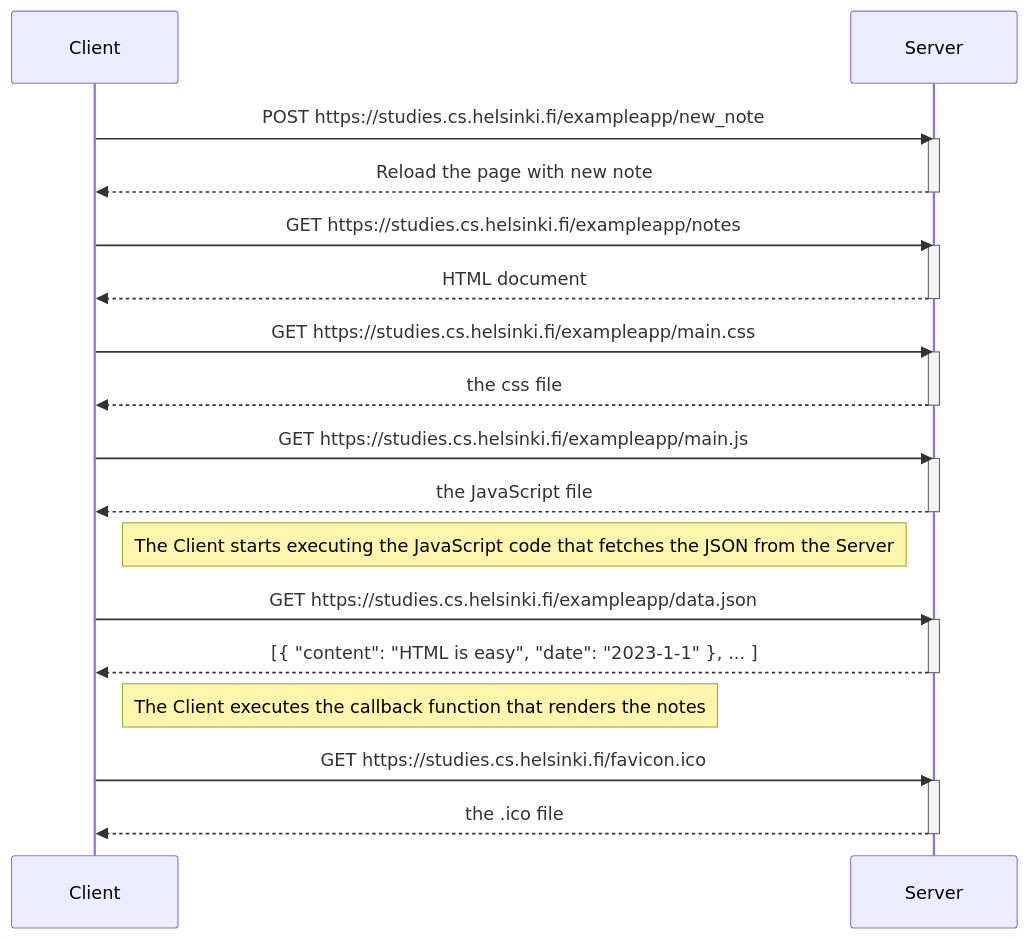
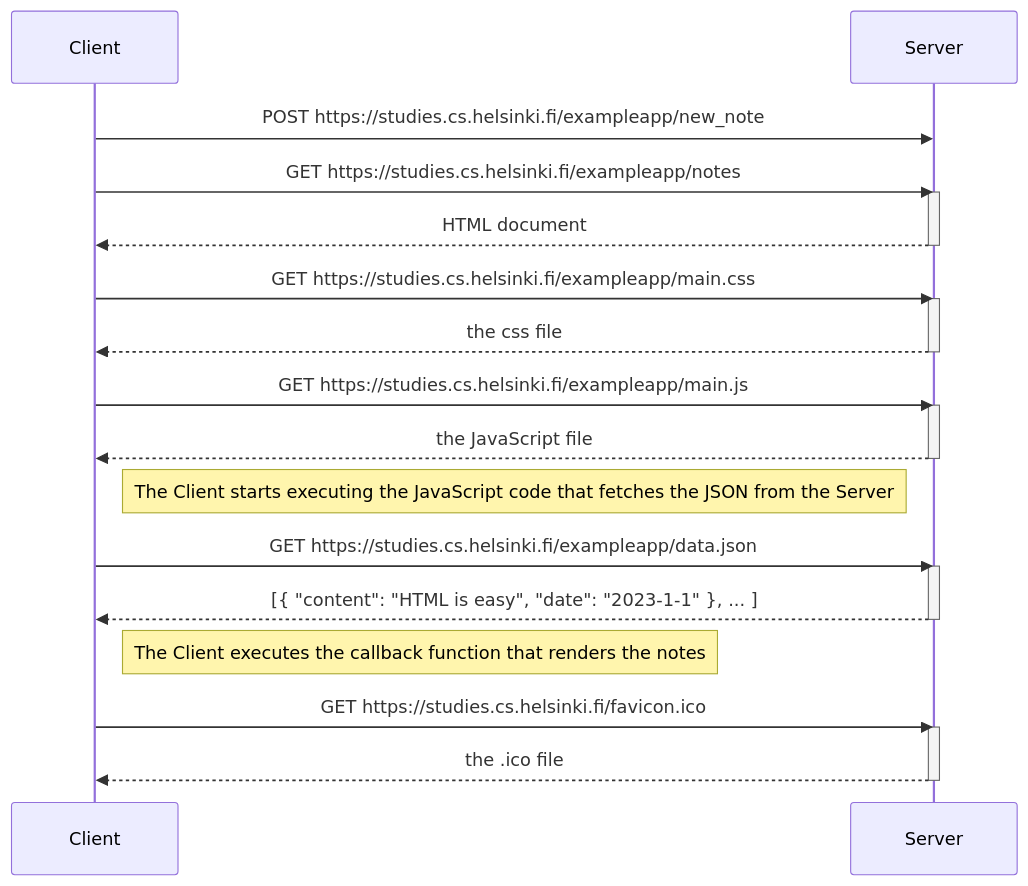
One commit to skock056/csi4103-lab2 changed the diagram in README.md. Above: the diagram before and after it, drawn with Mermaid. The commit also changed other lines of this file, not shown here.

````diff
--- a/README.md
+++ b/README.md
@@ -3,39 +9,36 @@
 ```mermaid
 sequenceDiagram
     participant Client
     participant Server
     
     Client->>Server: POST https://studies.cs.helsinki.fi/exampleapp/new_note
-    activate Server
-    Server-->>Client: Reload the page with new note
-    deactivate Server
 
     Client->>Server: GET https://studies.cs.helsinki.fi/exampleapp/notes
     activate Server
     Server-->>Client: HTML document
     deactivate Server
     
     Client->>Server: GET https://studies.cs.helsinki.fi/exampleapp/main.css
     activate Server
     Server-->>Client: the css file
     deactivate Server
     
     Client->>Server: GET https://studies.cs.helsinki.fi/exampleapp/main.js
     activate Server
     Server-->>Client: the JavaScript file
     deactivate Server
     
     Note right of Client: The Client starts executing the JavaScript code that fetches the JSON from the Server
     
     Client->>Server: GET https://studies.cs.helsinki.fi/exampleapp/data.json
     activate Server
     Server-->>Client: [{ "content": "HTML is easy", "date": "2023-1-1" }, ... ]
     deactivate Server    
 
     Note right of Client: The Client executes the callback function that renders the notes 
 
     Client->>Server: GET https://studies.cs.helsinki.fi/favicon.ico
     activate Server
     Server-->>Client: the .ico file
     deactivate Server
 ```
````
